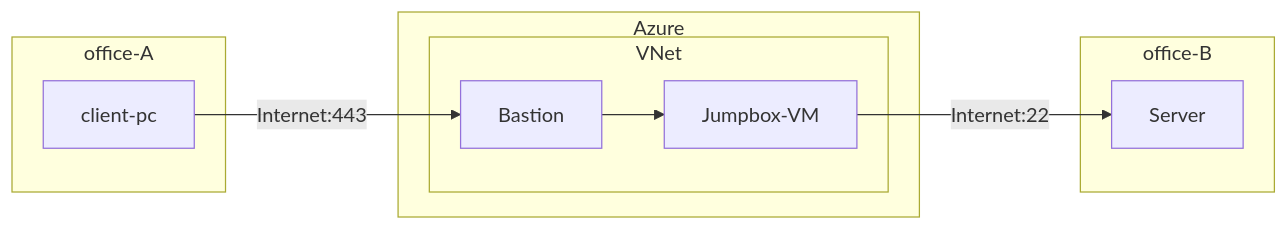
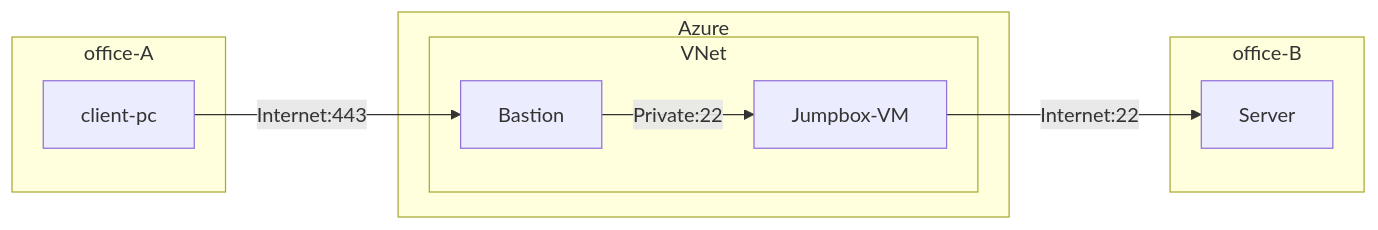
The diagram in articles/20240823-bastion-portfwd.md (zukakosan/blog-tech), drawn with Mermaid before and after one commit.

Commit message:
ch title

````diff
--- a/articles/20240823-bastion-portfwd.md
+++ b/articles/20240823-bastion-portfwd.md
@@ -21,15 +21,15 @@
 ```mermaid
 flowchart LR
 	subgraph office-A
 		client-pc
 	end
 	subgraph Azure 
 		client-pc --> |Internet:443| Bastion
 		subgraph VNet
-			Bastion --> Jumpbox-VM
+			Bastion --> |Private:22|Jumpbox-VM
 		end
 	end
 	subgraph office-B
 		Jumpbox-VM --> |Internet:22| Server
 	end
 ```
````
